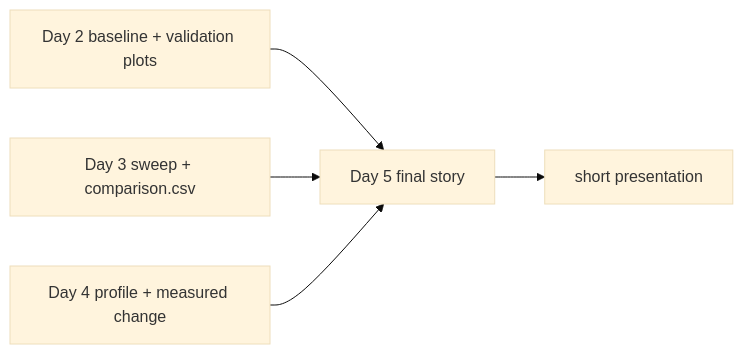
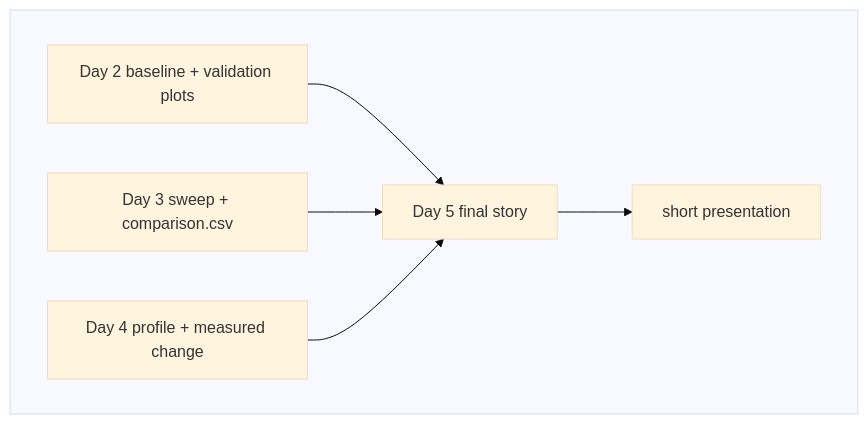
The diagram in Project_5_ReadMe.md (madantimalsina/sim2spec), drawn with Mermaid (base theme) before and after one commit.

Commit message:
Enhance flowchart with subgraph for clarity
Added a subgraph to the flowchart for better organization.

````diff
--- a/Project_5_ReadMe.md
+++ b/Project_5_ReadMe.md
@@ -16,7 +16,10 @@
 ```mermaid
 flowchart LR
-    A[Day 2 baseline + validation plots] --> D[Day 5 final story]
-    B[Day 3 sweep + comparison.csv] --> D
-    C[Day 4 profile + measured change] --> D
-    D --> E[short presentation]
+    subgraph row1[" "]
+        direction LR
+        A[Day 2 baseline + validation plots] --> D[Day 5 final story]
+        B[Day 3 sweep + comparison.csv] --> D
+        C[Day 4 profile + measured change] --> D
+        D --> E[short presentation]
+    end
 ```
````
